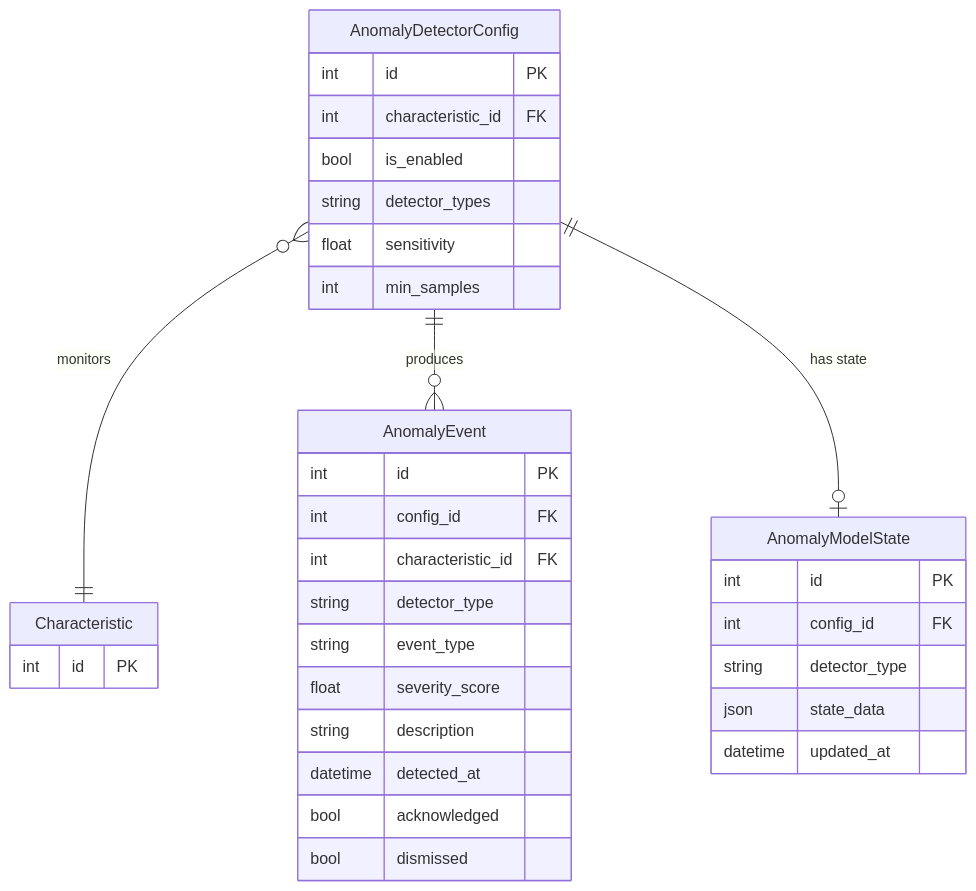
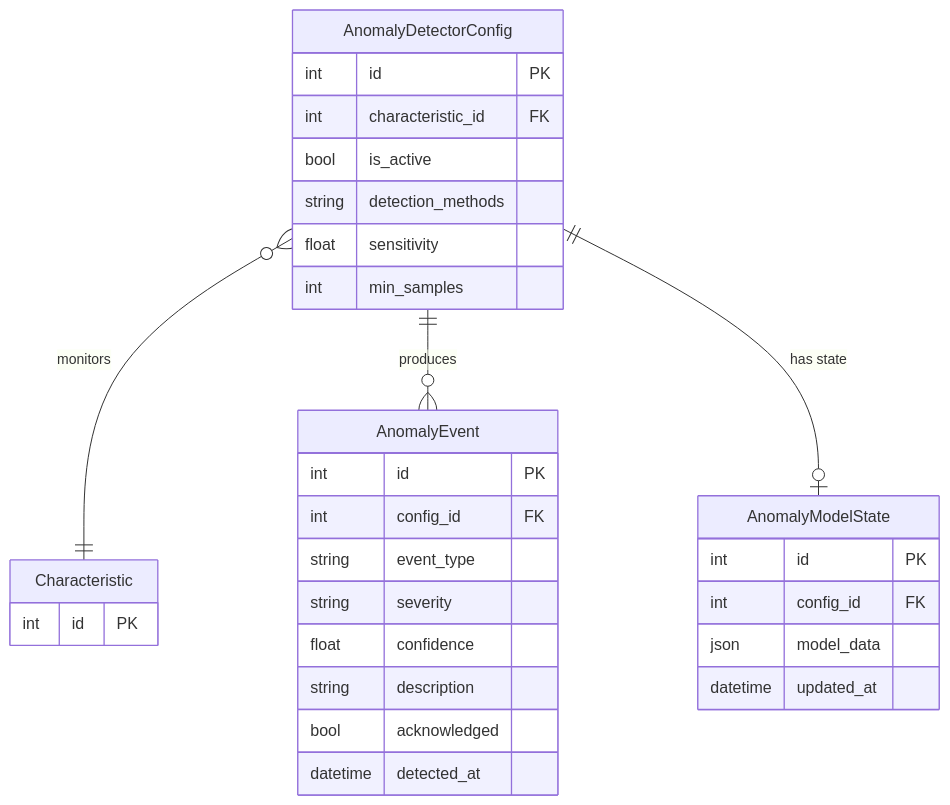
The second of 2 diagrams in .knowledge/features/anomaly.md (saturnis-io/cassini), drawn with Mermaid before and after one commit. The commit also changed other lines of this file and 15 other files, not shown here.

Commit message:
knowledge-graph: regenerate

````diff
--- a/.knowledge/features/anomaly.md
+++ b/.knowledge/features/anomaly.md
@@ -28,36 +28,33 @@
 ```mermaid
 erDiagram
-    AnomalyDetectorConfig }o--|| Characteristic : monitors
-    AnomalyDetectorConfig ||--o{ AnomalyEvent : produces
+    AnomalyDetectorConfig }o--|| Characteristic : "monitors"
+    AnomalyDetectorConfig ||--o{ AnomalyEvent : "produces"
     AnomalyDetectorConfig ||--o| AnomalyModelState : "has state"
     AnomalyDetectorConfig {
         int id PK
         int characteristic_id FK
-        bool is_enabled
-        string detector_types
+        bool is_active
+        string detection_methods
         float sensitivity
         int min_samples
     }
     AnomalyEvent {
         int id PK
         int config_id FK
-        int characteristic_id FK
-        string detector_type
         string event_type
-        float severity_score
+        string severity
+        float confidence
         string description
+        bool acknowledged
         datetime detected_at
-        bool acknowledged
-        bool dismissed
     }
     AnomalyModelState {
         int id PK
         int config_id FK
-        string detector_type
-        json state_data
+        json model_data
         datetime updated_at
     }
     Characteristic {
         int id PK
     }
 ```
````
